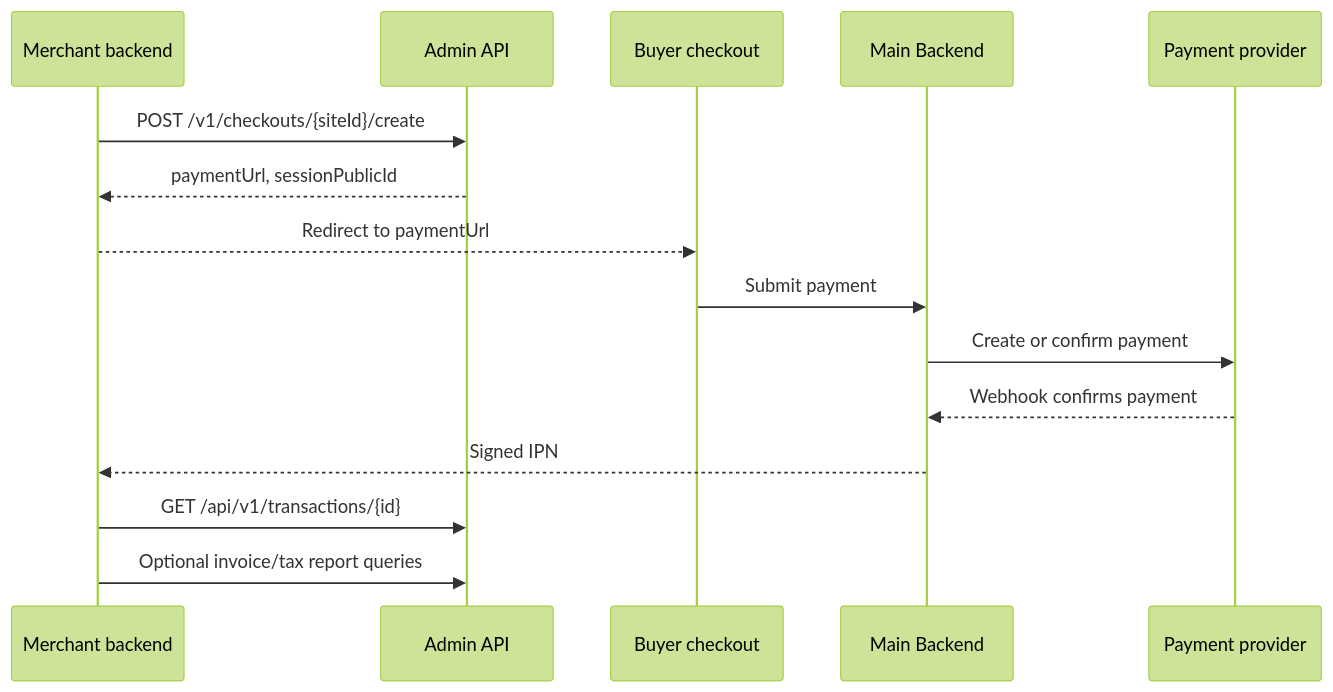
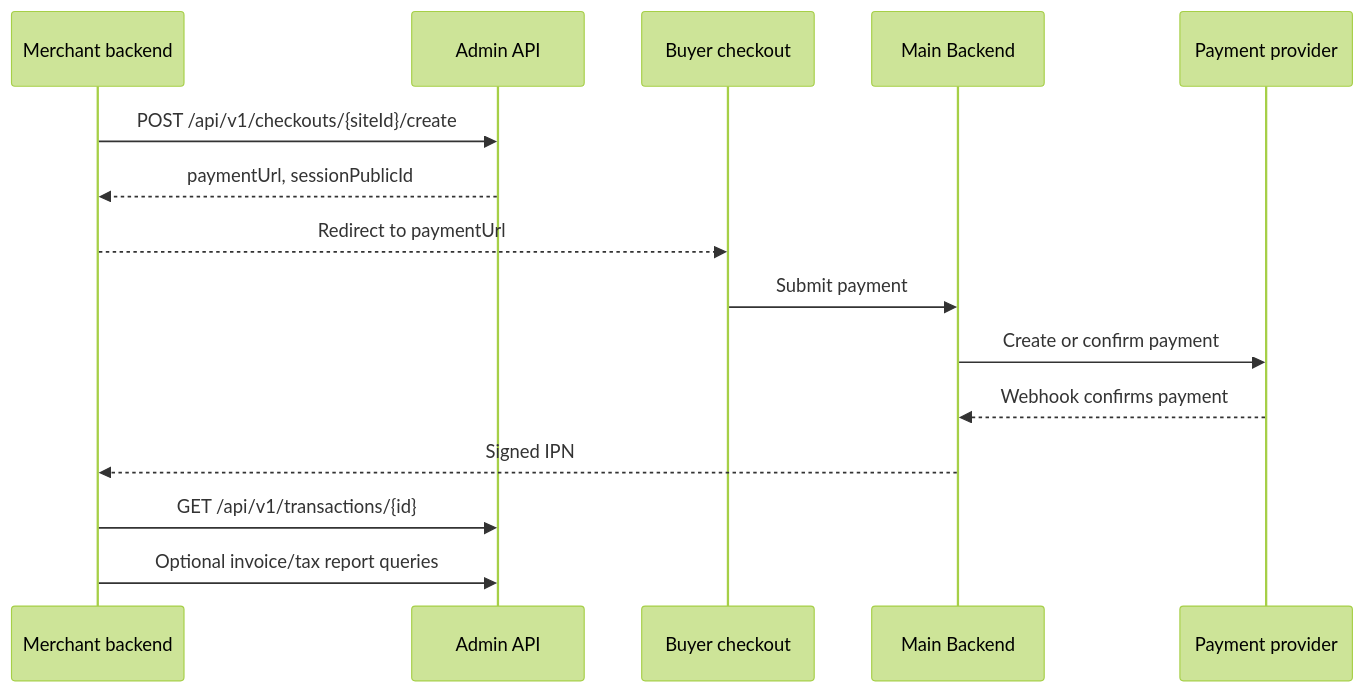
Before and after one commit to Root-Sector-Ltd-and-Co-KG/payment-gateway-docs: the diagram in content/docs/getting-started/integration-recipes.mdx, drawn with Mermaid (forest theme). The commit also changed other lines of this file and 32 other files, not shown here.

````diff
--- a/content/docs/getting-started/integration-recipes.mdx
+++ b/content/docs/getting-started/integration-recipes.mdx
@@ -118,18 +112,18 @@
 ```mermaid
 sequenceDiagram
     participant App as Merchant backend
     participant Admin as Admin API
     participant Buyer as Buyer checkout
     participant Main as Main Backend
     participant Provider as Payment provider
 
-    App->>Admin: POST /v1/checkouts/{siteId}/create
+    App->>Admin: POST /api/v1/checkouts/{siteId}/create
     Admin-->>App: paymentUrl, sessionPublicId
     App-->>Buyer: Redirect to paymentUrl
     Buyer->>Main: Submit payment
     Main->>Provider: Create or confirm payment
     Provider-->>Main: Webhook confirms payment
     Main-->>App: Signed IPN
     App->>Admin: GET /api/v1/transactions/{id}
     App->>Admin: Optional invoice/tax report queries
 ```
````
